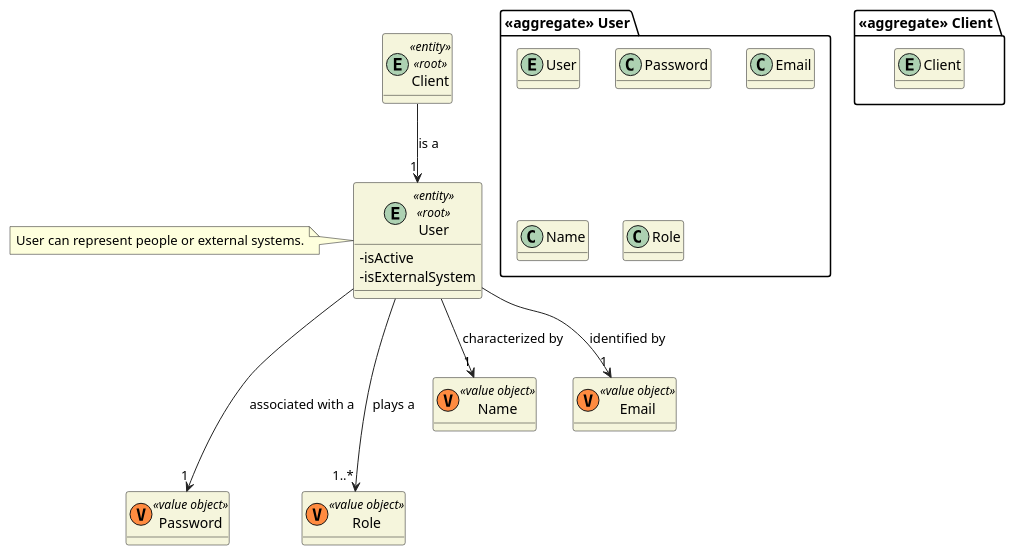
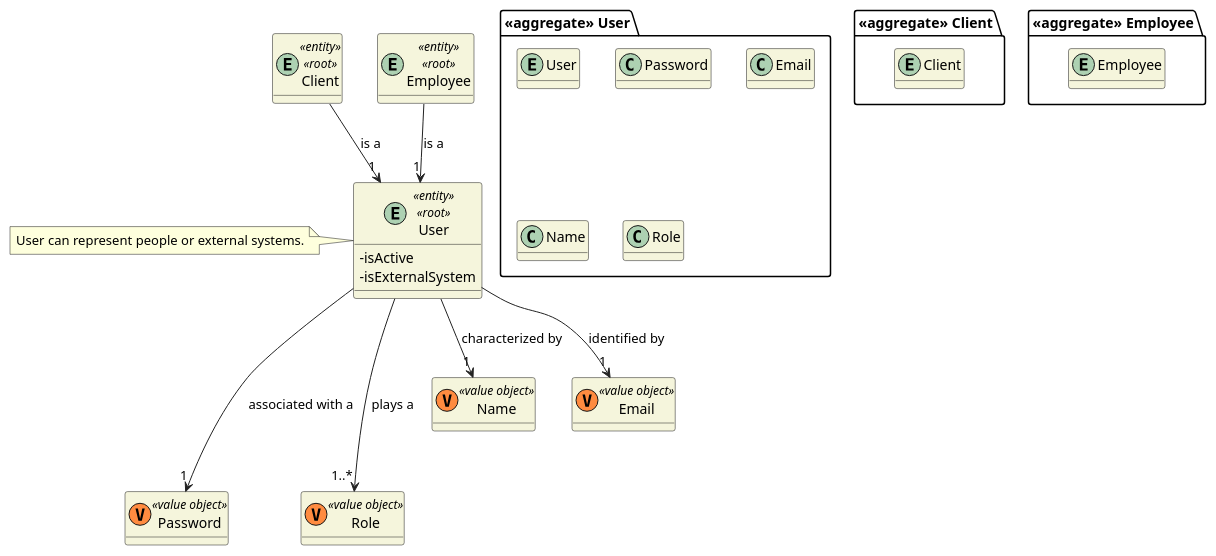
Before and after one commit to 0franciscor/lei21_22_s4_2de_01: the diagram in docs/DM/DM_User.puml, drawn with PlantUML. The commit also changed 1 other file, not shown here.

```diff
--- a/docs/DM/DM_User.puml
+++ b/docs/DM/DM_User.puml
@@ -1,47 +1,56 @@
 @startuml
 'https://plantuml.com/class-diagram
 
 skinparam classAttributeIconSize 0
 hide empty attributes
 skinparam classBackgroundColor beige
 skinparam ArrowColor #222222
 
 
 package "<<aggregate>> User" {
     entity User
     class Password
     class Email
     class Name
     class Role
 }
 
 entity User <<entity>> <<root>> {
     - isActive
     - isExternalSystem
 
 }
 
 entity User
 note left: User can represent people or external systems.
 
 class Password <<(V,#FF8B40) value object>> {}
 class Role <<(V,#FF8B40) value object>> {}
 class Name <<(V,#FF8B40) value object>> {}
 class Email <<(V,#FF8B40) value object>> {}
 
 User ---> "1" Password : associated with a
 User --> "1" Name : characterized by
 User --> "1" Email : identified by
 User ---> "1..*" Role : plays a
 
 package "<<aggregate>> Client" {
     entity Client
 }
 
 entity Client <<entity>> <<root>> {
 
 }
 
+package "<<aggregate>> Employee" {
+    entity Employee
+}
+
+entity Employee <<entity>> <<root>> {
+
+}
+
 Client --> "1" User : is a
+Employee --> "1" User : is a
 
 @enduml
```
